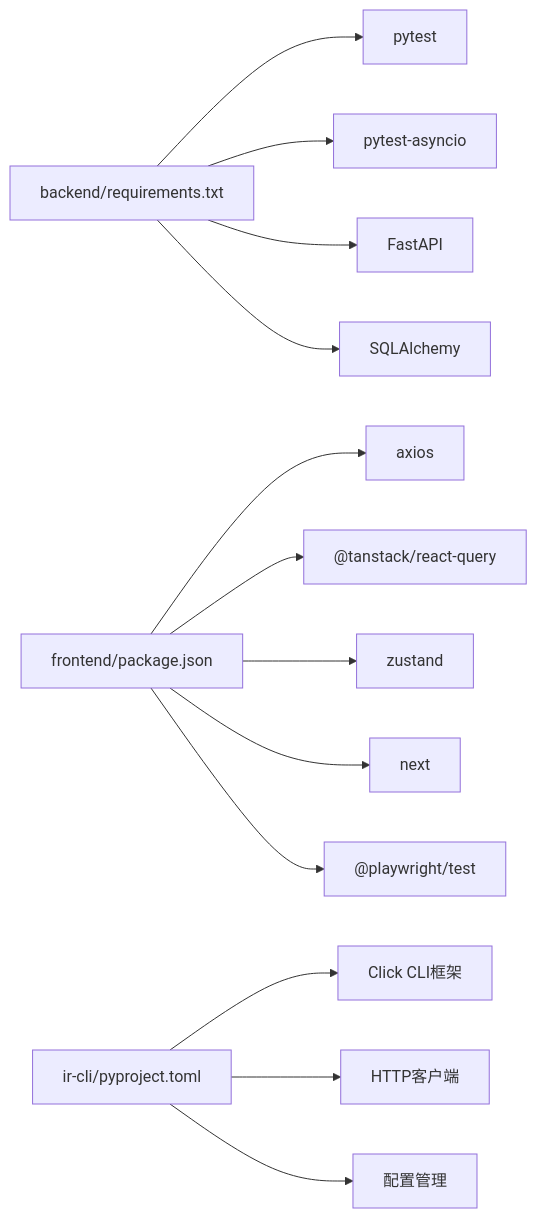
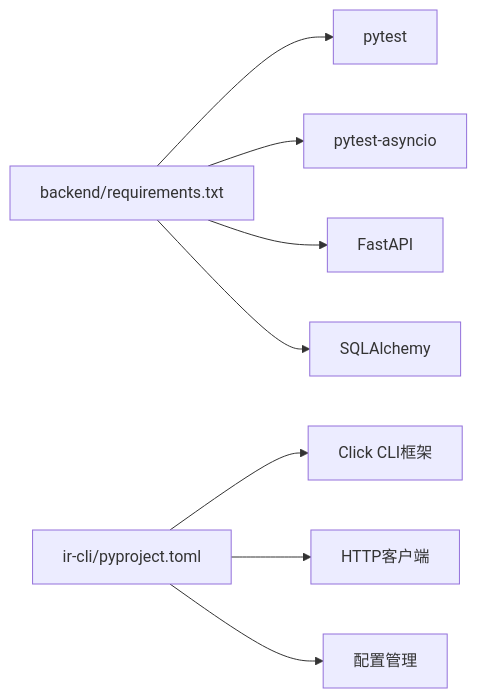
One commit to gujialind/InvestRing changed diagram 11 of 11 in .qoder/repowiki/zh/content/开发指南/测试策略/测试策略.md. Above: the diagram before and after it, drawn with Mermaid. The commit also changed other lines of this file and 8 other files, not shown here.

````diff
--- a/.qoder/repowiki/zh/content/开发指南/测试策略/测试策略.md
+++ b/.qoder/repowiki/zh/content/开发指南/测试策略/测试策略.md
@@ -586,15 +570,10 @@
 ```mermaid
 graph LR
 BReq["backend/requirements.txt"] --> Py["pytest"]
 BReq --> PyA["pytest-asyncio"]
 BReq --> FA["FastAPI"]
 BReq --> SA["SQLAlchemy"]
-FPkg["frontend/package.json"] --> AX["axios"]
-FPkg --> RQ["@tanstack/react-query"]
-FPkg --> ZU["zustand"]
-FPkg --> NX["next"]
-FPkg --> PW["@playwright/test"]
 CLIReq["ir-cli/pyproject.toml"] --> Click["Click CLI框架"]
 CLIReq --> HTTP["HTTP客户端"]
 CLIReq --> Config["配置管理"]
 ```
````
